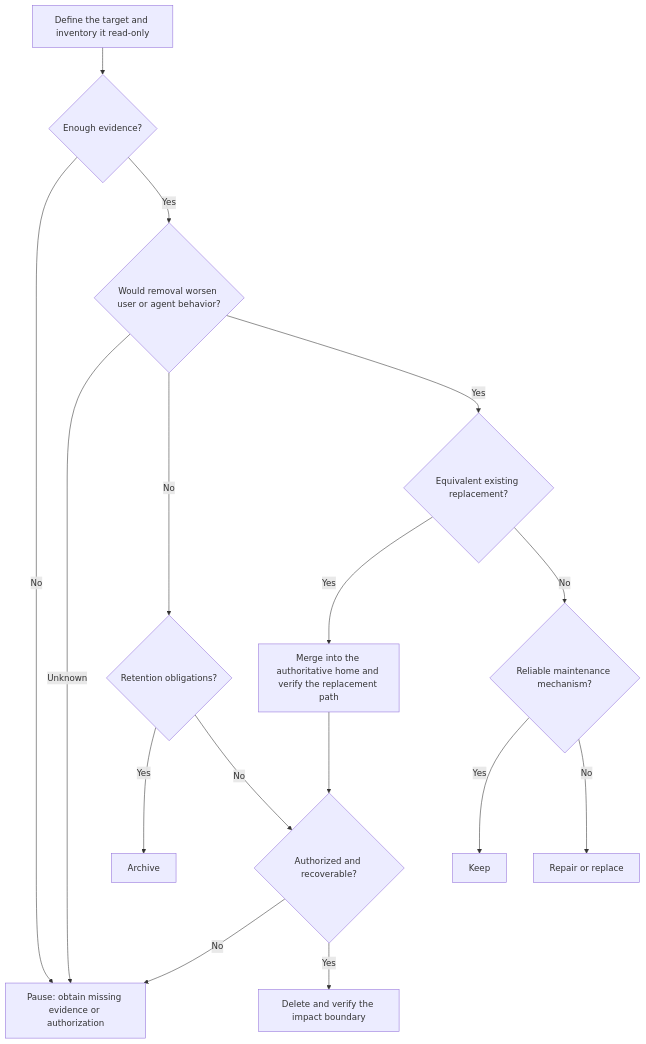
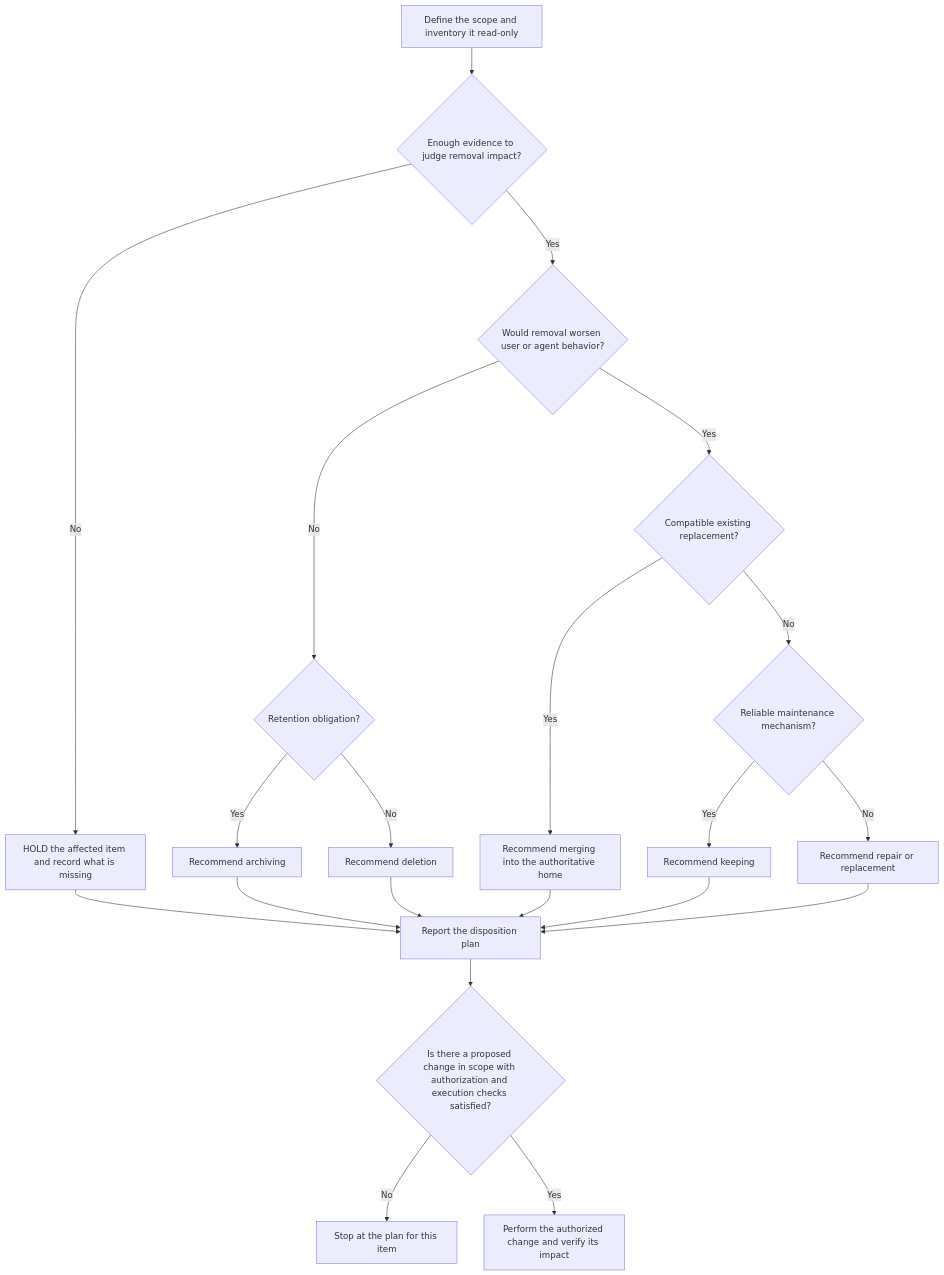
One commit to zhaidewei/da-sao-chu changed the diagram in README.md. Above: the diagram before and after it, drawn with Mermaid. The commit also changed other lines of this file and 3 other files, not shown here.

Commit message:
docs: express skill workflows with PlantUML

````diff
--- a/README.md
+++ b/README.md
@@ -45,18 +45,18 @@
 ```mermaid
 flowchart TD
-    A["Define the target and inventory it read-only"] --> B{"Enough evidence?"}
-    B -- "No" --> P["Pause: obtain missing evidence or authorization"]
+    A["Define the scope and inventory it read-only"] --> B{"Enough evidence to judge removal impact?"}
+    B -- "No" --> H["HOLD the affected item and record what is missing"]
     B -- "Yes" --> C{"Would removal worsen user or agent behavior?"}
-    C -- "Unknown" --> P
-    C -- "No" --> D{"Retention obligations?"}
-    D -- "Yes" --> R["Archive"]
-    D -- "No" --> G{"Authorized and recoverable?"}
-    C -- "Yes" --> E{"Equivalent existing replacement?"}
-    E -- "Yes" --> M["Merge into the authoritative home and verify the replacement path"]
-    M --> G
+    C -- "No" --> D{"Retention obligation?"}
+    D -- "Yes" --> R["Recommend archiving"]
+    D -- "No" --> X["Recommend deletion"]
+    C -- "Yes" --> E{"Compatible existing replacement?"}
+    E -- "Yes" --> M["Recommend merging into the authoritative home"]
     E -- "No" --> F{"Reliable maintenance mechanism?"}
-    F -- "Yes" --> K["Keep"]
-    F -- "No" --> N["Repair or replace"]
-    G -- "No" --> P
-    G -- "Yes" --> X["Delete and verify the impact boundary"]
+    F -- "Yes" --> K["Recommend keeping"]
+    F -- "No" --> N["Recommend repair or replacement"]
+    H & R & X & M & K & N --> P["Report the disposition plan"]
+    P --> G{"Is there a proposed change in scope with authorization and execution checks satisfied?"}
+    G -- "No" --> W["Stop at the plan for this item"]
+    G -- "Yes" --> V["Perform the authorized change and verify its impact"]
 ```
````
